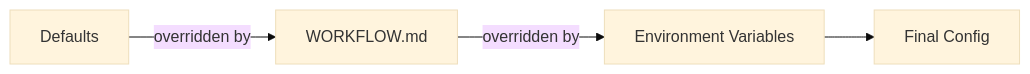
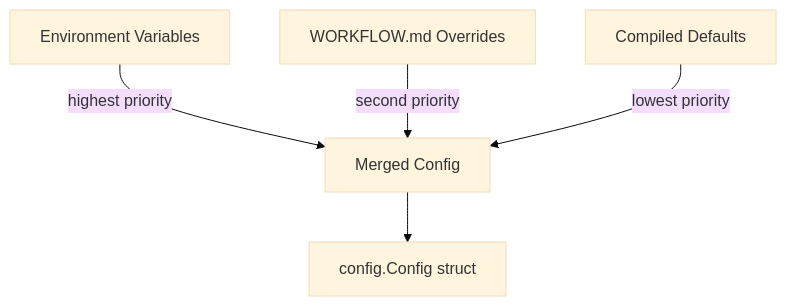
Before and after one commit to bradAGI/Orchestra: the first of 2 diagrams in docs/backend/config.md, drawn with Mermaid (base theme). The commit also changed other lines of this file and 4 other files, not shown here.

````diff
--- a/docs/backend/config.md
+++ b/docs/backend/config.md
@@ -127,6 +16,7 @@
 ```mermaid
-graph LR
-    D[Defaults] -->|overridden by| W[WORKFLOW.md]
-    W -->|overridden by| E[Environment Variables]
-    E --> F[Final Config]
+flowchart TD
+    A[Environment Variables] -->|highest priority| D[Merged Config]
+    B[WORKFLOW.md Overrides] -->|second priority| D
+    C[Compiled Defaults] -->|lowest priority| D
+    D --> E[config.Config struct]
 ```
````
